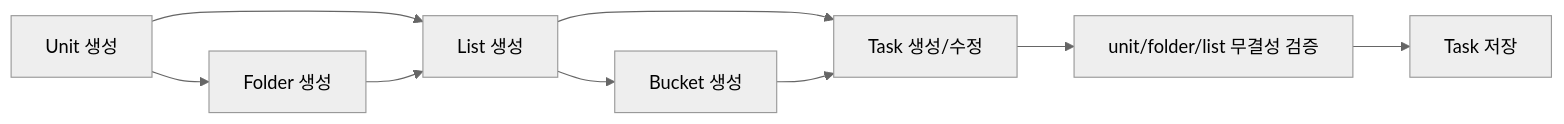
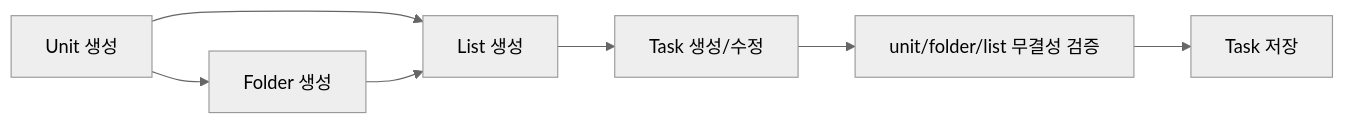
One commit to claire-yunsumin/test changed the diagram in docs/WORKSPACE_LIFECYCLE.md. Above: the diagram before and after it, drawn with Mermaid (neutral theme). The commit also changed other lines of this file and 24 other files, not shown here.

````diff
--- a/docs/WORKSPACE_LIFECYCLE.md
+++ b/docs/WORKSPACE_LIFECYCLE.md
@@ -88,11 +71,9 @@
 ```mermaid
 flowchart LR
   A[Unit 생성] --> B[Folder 생성]
   A --> C[List 생성]
   B --> C
-  C --> D[Bucket 생성]
   C --> E[Task 생성/수정]
-  D --> E
   E --> F[unit/folder/list 무결성 검증]
   F --> G[Task 저장]
 ```
````
